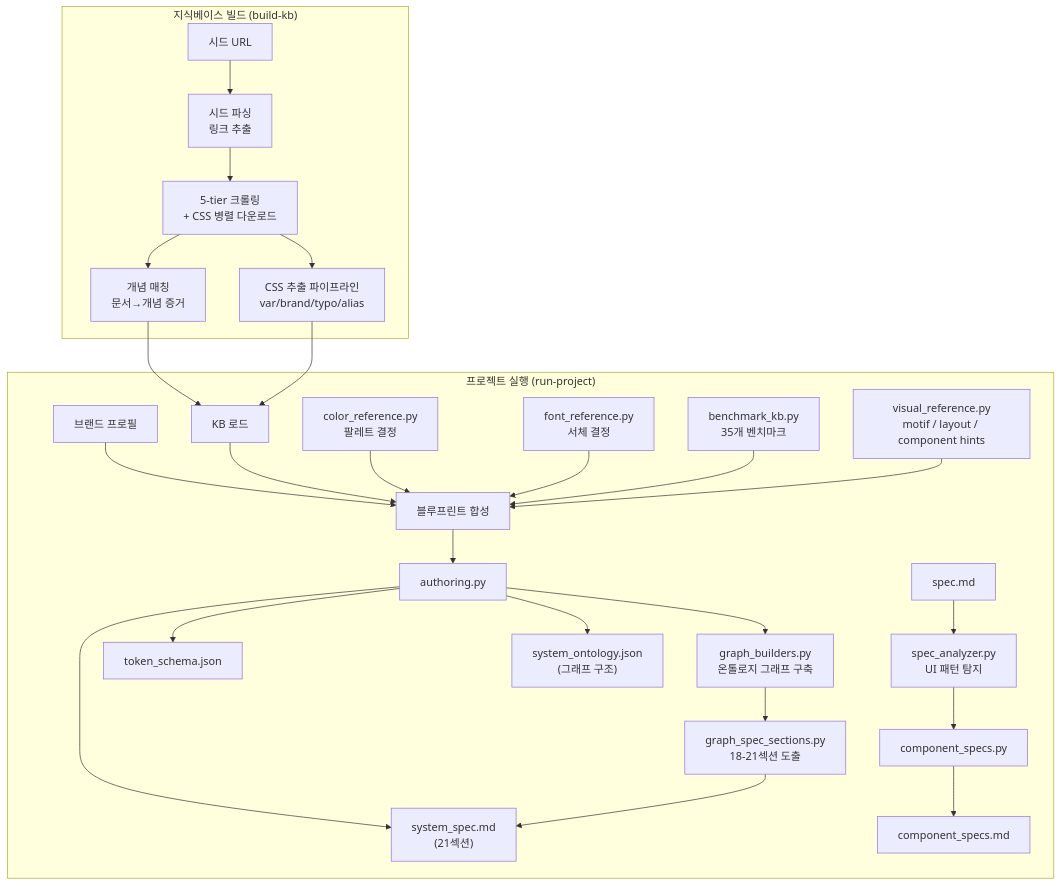
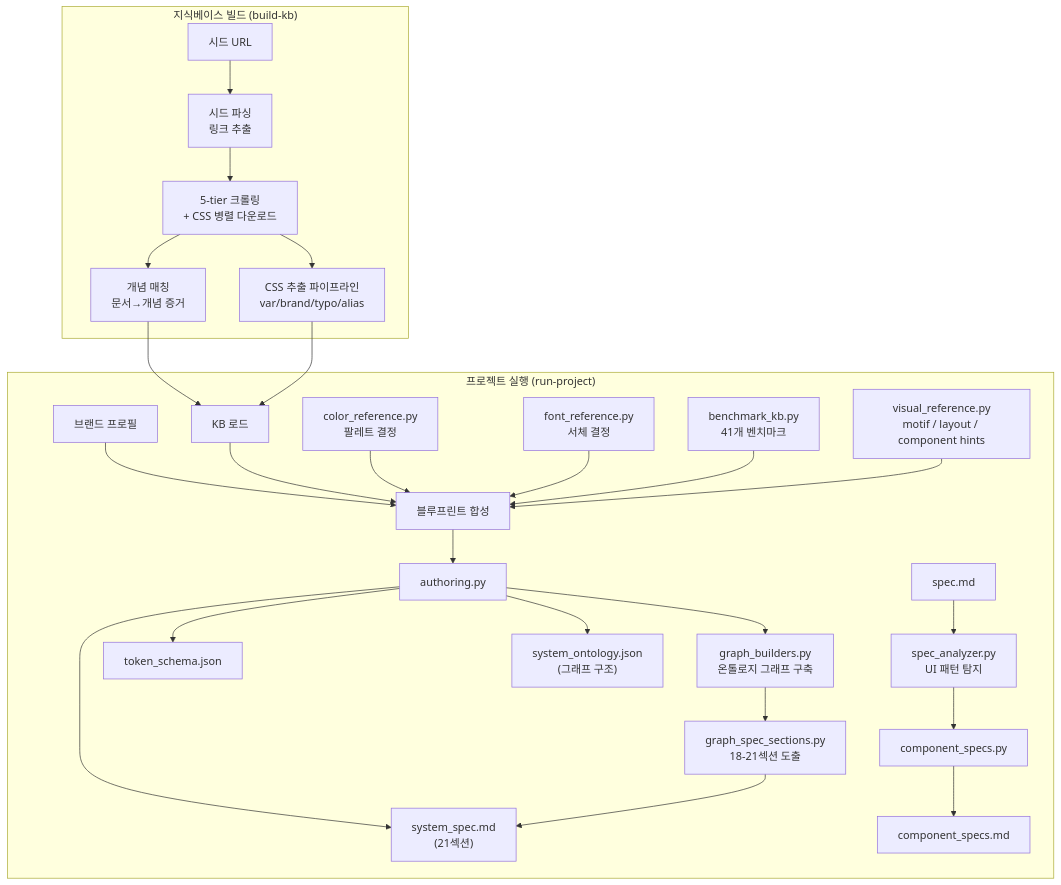
One commit to 2000silpeed/design-ontology-harness changed the second of 3 diagrams in README.md. Above: the diagram before and after it, drawn with Mermaid. The commit also changed other lines of this file and 26 other files, not shown here.

````diff
--- a/README.md
+++ b/README.md
@@ -652,34 +653,34 @@
 ```mermaid
 flowchart TB
     subgraph KB["지식베이스 빌드 (build-kb)"]
         S1["시드 URL"] --> SEED["시드 파싱\n링크 추출"]
         SEED --> CRAWL["5-tier 크롤링\n+ CSS 병렬 다운로드"]
         CRAWL --> CSS_EX["CSS 추출 파이프라인\nvar/brand/typo/alias"]
         CRAWL --> ONT["개념 매칭\n문서→개념 증거"]
     end
 
     subgraph PROJECT["프로젝트 실행 (run-project)"]
         BP["브랜드 프로필"] --> SYNTH["블루프린트 합성"]
         KB_LOAD["KB 로드"] --> SYNTH
         COLOR["color_reference.py\n팔레트 결정"] --> SYNTH
         FONT["font_reference.py\n서체 결정"] --> SYNTH
-        BENCH["benchmark_kb.py\n35개 벤치마크"] --> SYNTH
+        BENCH["benchmark_kb.py\n41개 벤치마크"] --> SYNTH
         VISUAL_REF["visual_reference.py\nmotif / layout / component hints"] --> SYNTH
 
         SYNTH --> AUTH["authoring.py"]
         AUTH --> GRAPH["graph_builders.py\n온톨로지 그래프 구축"]
         GRAPH --> GRAPH_SEC["graph_spec_sections.py\n18-21섹션 도출"]
 
         AUTH --> SYS["system_spec.md\n(21섹션)"]
         AUTH --> TOK["token_schema.json"]
         AUTH --> ONT_OUT["system_ontology.json\n(그래프 구조)"]
         GRAPH_SEC --> SYS
 
         SPEC_FILE["spec.md"] --> SPEC_AN["spec_analyzer.py\nUI 패턴 탐지"]
         SPEC_AN --> COMP_GEN["component_specs.py"]
         COMP_GEN --> COMP["component_specs.md"]
     end
 
     ONT --> KB_LOAD
     CSS_EX --> KB_LOAD
 ```
````
